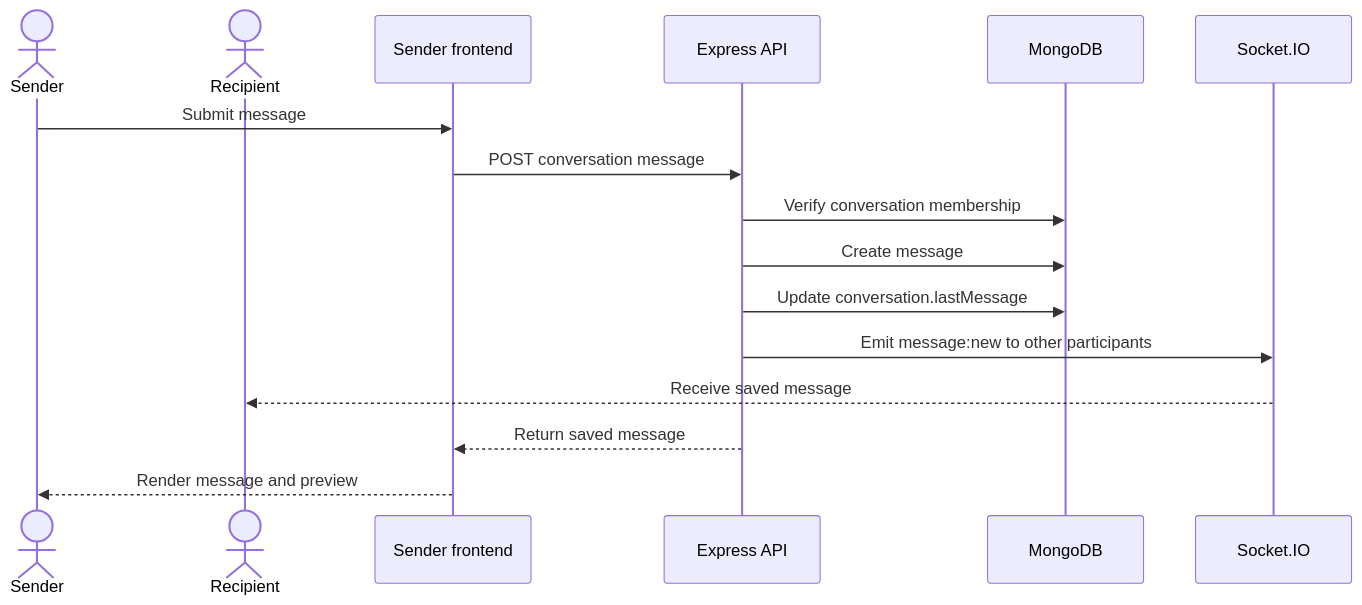
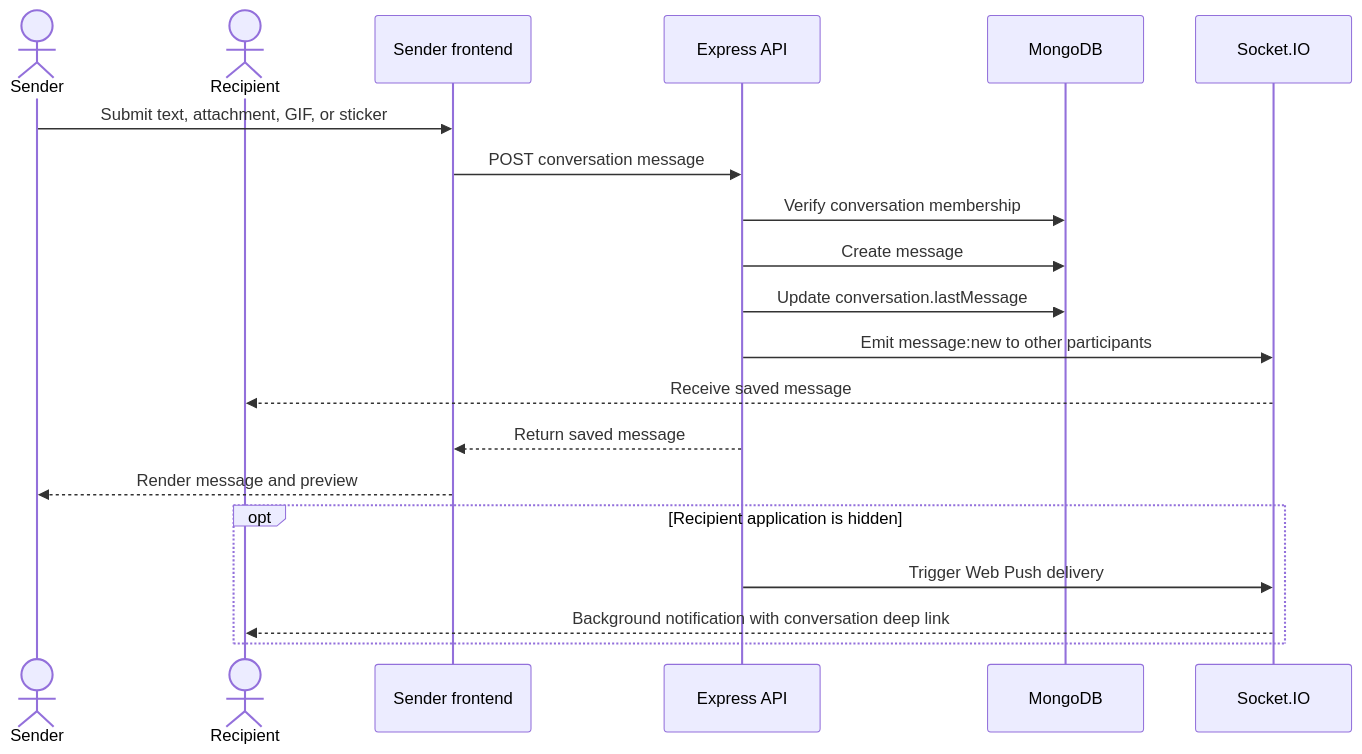
One commit to Saurav11343/click-chat changed diagram 16 of 26 in docs/10-diagram-catalog.md. Above: the diagram before and after it, drawn with Mermaid. The commit also changed other lines of this file and 11 other files, not shown here.

Commit message:
update diagrams

````diff
--- a/docs/10-diagram-catalog.md
+++ b/docs/10-diagram-catalog.md
@@ -490,19 +587,23 @@
 ```mermaid
 sequenceDiagram
     actor Sender
     actor Recipient
     participant UI as Sender frontend
     participant API as Express API
     participant DB as MongoDB
     participant IO as Socket.IO
 
-    Sender->>UI: Submit message
+    Sender->>UI: Submit text, attachment, GIF, or sticker
     UI->>API: POST conversation message
     API->>DB: Verify conversation membership
     API->>DB: Create message
     API->>DB: Update conversation.lastMessage
     API->>IO: Emit message:new to other participants
     IO-->>Recipient: Receive saved message
     API-->>UI: Return saved message
     UI-->>Sender: Render message and preview
+    opt Recipient application is hidden
+      API->>IO: Trigger Web Push delivery
+      IO-->>Recipient: Background notification with conversation deep link
+    end
 ```
````
